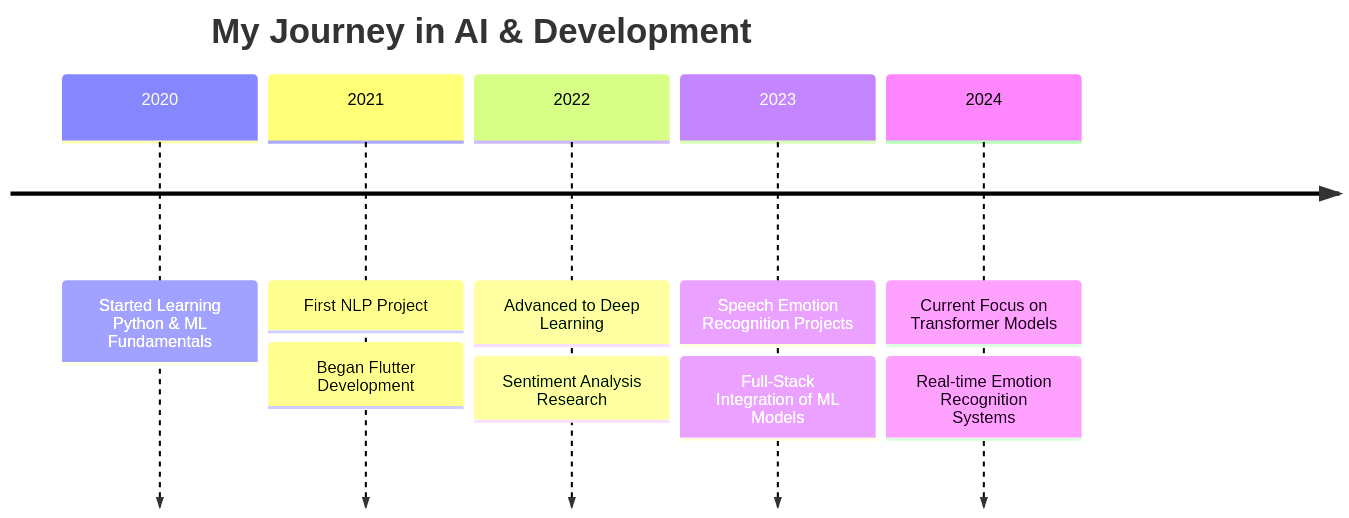
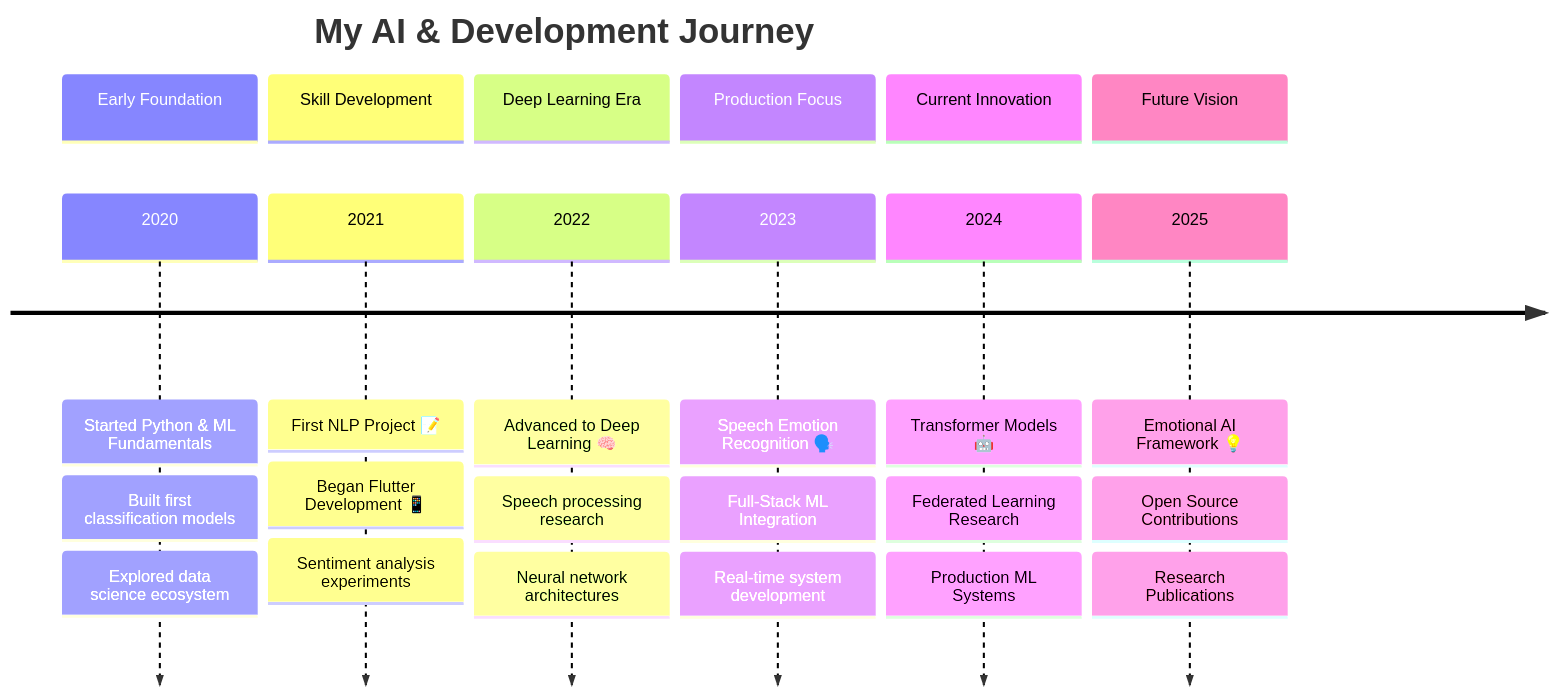
Before and after one commit to pallav110/pallav110: the diagram in README.md, drawn with Mermaid. The commit also changed other lines of this file, not shown here.

````diff
--- a/README.md
+++ b/README.md
@@ -31,13 +75,34 @@
 ```mermaid
 timeline
-    title My Journey in AI & Development
-    2020 : Started Learning Python & ML Fundamentals
-    2021 : First NLP Project
-         : Began Flutter Development
-    2022 : Advanced to Deep Learning
-         : Sentiment Analysis Research
-    2023 : Speech Emotion Recognition Projects
-         : Full-Stack Integration of ML Models
-    2024 : Current Focus on Transformer Models
-         : Real-time Emotion Recognition Systems
+    title My AI & Development Journey
+    
+    section Early Foundation
+    2020 : Started Python & ML Fundamentals
+         : Built first classification models
+         : Explored data science ecosystem
+         
+    section Skill Development  
+    2021 : First NLP Project 📝
+         : Began Flutter Development 📱
+         : Sentiment analysis experiments
+         
+    section Deep Learning Era
+    2022 : Advanced to Deep Learning 🧠
+         : Speech processing research
+         : Neural network architectures
+         
+    section Production Focus
+    2023 : Speech Emotion Recognition 🗣️
+         : Full-Stack ML Integration
+         : Real-time system development
+         
+    section Current Innovation
+    2024 : Transformer Models 🤖
+         : Federated Learning Research
+         : Production ML Systems
+         
+    section Future Vision
+    2025 : Emotional AI Framework 💡
+         : Open Source Contributions
+         : Research Publications
 ```
````
